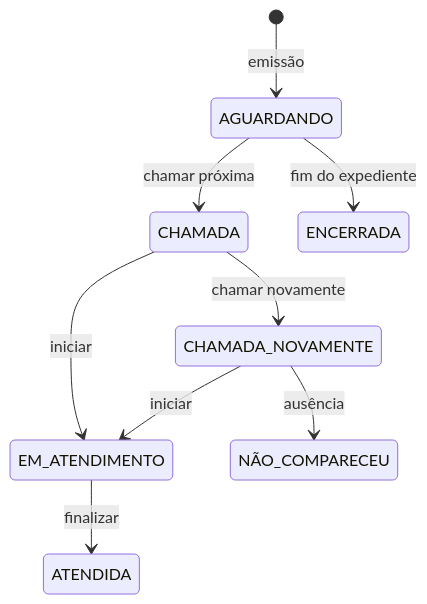
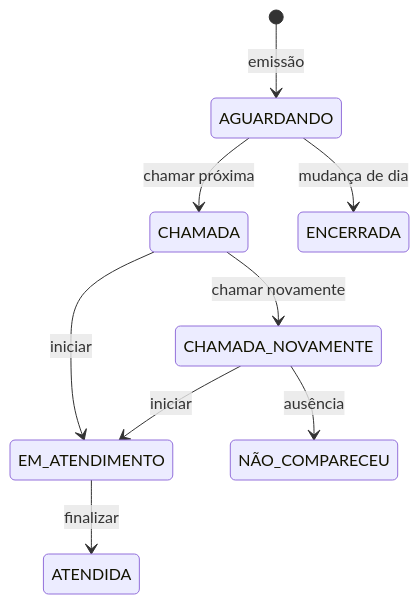
Before and after one commit to kauamarkkes/nassauTickets: the first of 2 diagrams in docs/models/uml/README.md, drawn with Mermaid. The commit also changed other lines of this file and 8 other files, not shown here.

````diff
--- a/docs/models/uml/README.md
+++ b/docs/models/uml/README.md
@@ -3,11 +3,11 @@
 ```mermaid
 stateDiagram-v2
     [*] --> AGUARDANDO: emissão
     AGUARDANDO --> CHAMADA: chamar próxima
-    AGUARDANDO --> ENCERRADA: fim do expediente
+    AGUARDANDO --> ENCERRADA: mudança de dia
     CHAMADA --> CHAMADA_NOVAMENTE: chamar novamente
     CHAMADA --> EM_ATENDIMENTO: iniciar
     CHAMADA_NOVAMENTE --> EM_ATENDIMENTO: iniciar
     CHAMADA_NOVAMENTE --> NÃO_COMPARECEU: ausência
     EM_ATENDIMENTO --> ATENDIDA: finalizar
 ```
````
